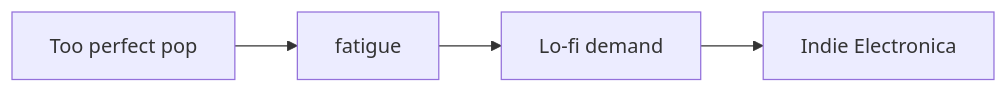
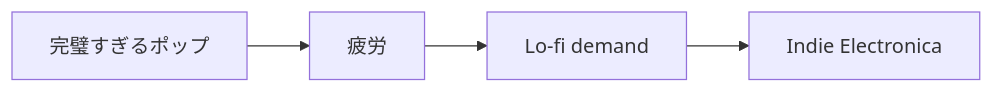
Before and after one commit to monumental-movement/monumental-movement.github.io: diagram 11 of 17 in en/_posts/2026-05-24-column-k-pop-indie-electronica.md, drawn with Mermaid. The commit also changed other lines of this file and 2196 other files, not shown here.

```diff
--- a/en/_posts/2026-05-24-column-k-pop-indie-electronica.md
+++ b/en/_posts/2026-05-24-column-k-pop-indie-electronica.md
@@ -369,6 +369,6 @@
 <div class="mermaid">
 flowchart LR
-A["Too perfect pop"] --> B["fatigue"]
+A["完璧すぎるポップ"] --> B["疲労"]
 B --> C["Lo-fi demand"]
 C --> D["Indie Electronica"]
 </div>
```
